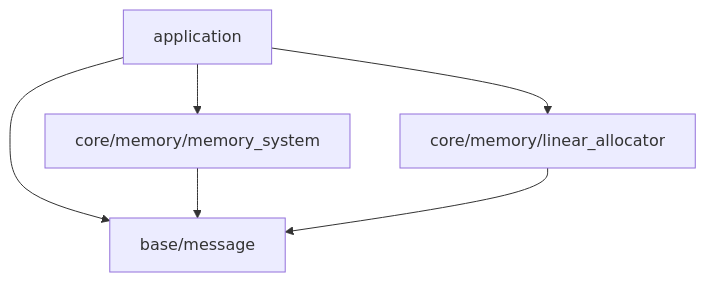
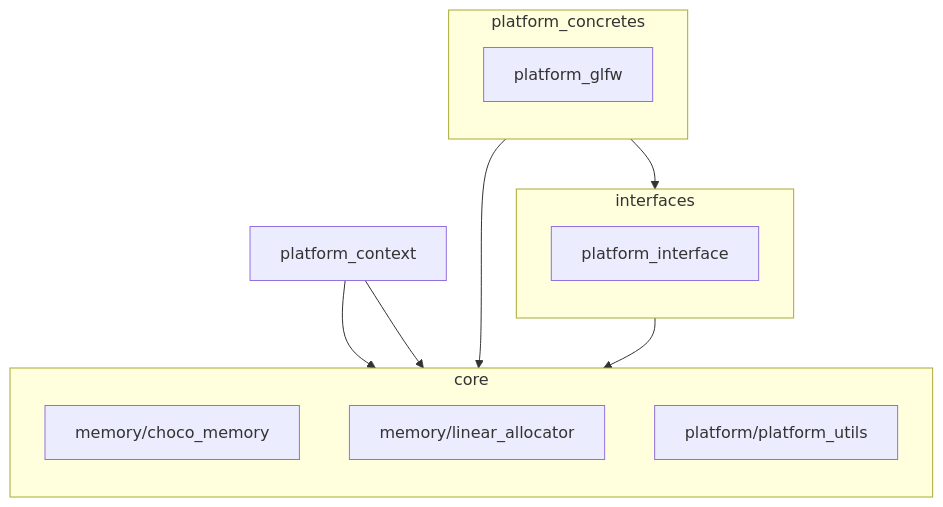
Before and after one commit to chocolate-pie24/gl_choco_engine: the first of 2 diagrams in docs/layer.md, drawn with Mermaid. The commit also changed other lines of this file and 17 other files, not shown here.

````diff
--- a/docs/layer.md
+++ b/docs/layer.md
@@ -5,13 +19,42 @@
 ```mermaid
 graph TD
-  A[application]
-  B[base/message]
-  CML[core/memory/linear_allocator]
-  CMM[core/memory/memory_system]
+  %% APPLICATION[application]
 
-  A --> B
-  A --> CML
-  A --> CMM
-  CMM --> B
-  CML --> B
+  %% subgraph BASE[base]
+    %% direction TB
+    %% CHOCO_MACROS[choco_macros]
+    %% CHOCO_MESSAGE[choco_message]
+  %% end
+
+  %% subgraph CONTAINERS[containers]
+    %% direction TB
+    %% CHOCO_STRING[choco_string]
+  %% end
+
+  subgraph CORE[core]
+    direction TB
+    MEMORY_CHOCO_MEMORY[memory/choco_memory]
+    MEMORY_LINEAR_ALLOCATOR[memory/linear_allocator]
+    PLATFORM_PLATFORM_UTILS[platform/platform_utils]
+  end
+
+  subgraph INTERFACES[interfaces]
+    direction TB
+    PLATFORM_INTERFACE[platform_interface]
+  end
+
+  subgraph PLATFORM_CONCRETES[platform_concretes]
+    direction TB
+    PLATFORM_GLFW[platform_glfw]
+  end
+
+  PLATFORM_CONTEXT[platform_context]
+
+  PLATFORM_INTERFACE --> PLATFORM_PLATFORM_UTILS
+
+  PLATFORM_GLFW --> PLATFORM_PLATFORM_UTILS
+  PLATFORM_GLFW --> PLATFORM_INTERFACE
+
+  PLATFORM_CONTEXT --> PLATFORM_PLATFORM_UTILS
+  PLATFORM_CONTEXT --> MEMORY_LINEAR_ALLOCATOR
 ```
````
